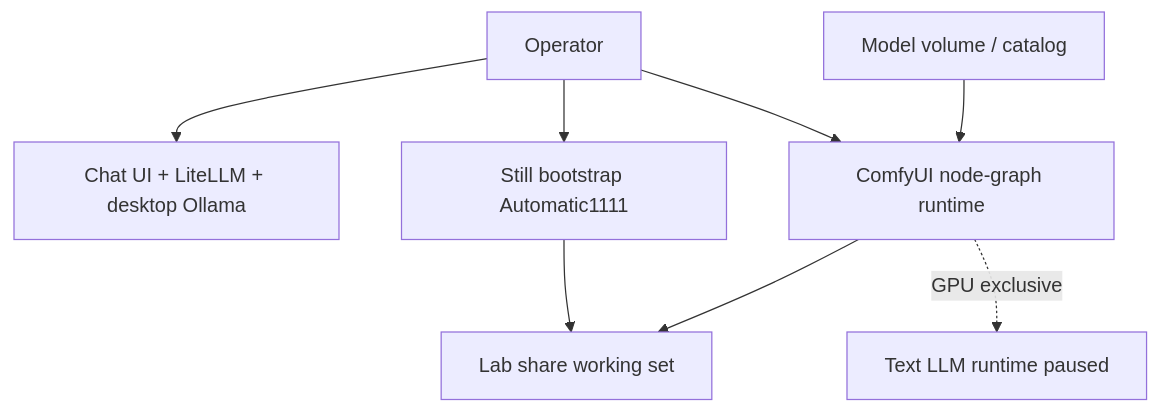
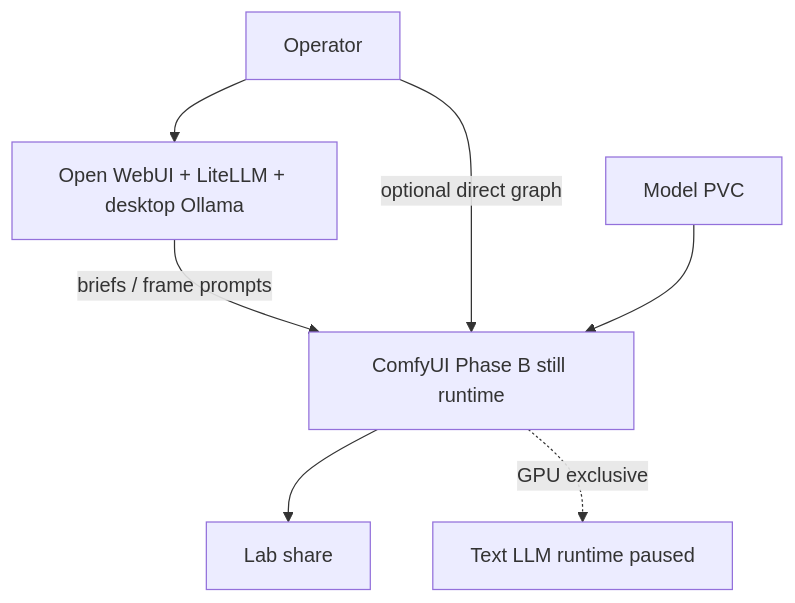
The first of 3 diagrams in docs/plans/2026-08-06--comfyui-lab-setup-diagrams-implemented/README.md (doesitscript/dotfile-vnext), drawn with Mermaid before and after one commit. The commit also changed other lines of this file and 107 other files, not shown here.

Commit message:
docs(plans): move lab diagrams into plan packets

````diff
--- a/docs/plans/2026-08-06--comfyui-lab-setup-diagrams-implemented/README.md
+++ b/docs/plans/2026-08-06--comfyui-lab-setup-diagrams-implemented/README.md
@@ -115,18 +157,16 @@
 ```mermaid
 flowchart TB
   op[Operator]
-  chat[Chat UI + LiteLLM + desktop Ollama]
-  a1111[Still bootstrap Automatic1111]
-  comfy[ComfyUI node-graph runtime]
-  share[Lab share working set]
-  models[Model volume / catalog]
+  chat[Open WebUI + LiteLLM + desktop Ollama]
+  comfy[ComfyUI Phase B still runtime]
+  share[Lab share]
+  models[Model PVC]
   ornith[Text LLM runtime paused]
 
   op --> chat
-  op --> a1111
-  op --> comfy
-  a1111 --> share
+  chat -->|briefs / frame prompts| comfy
+  op -->|optional direct graph| comfy
+  models --> comfy
   comfy --> share
-  models --> comfy
   comfy -.->|GPU exclusive| ornith
 ```
````
